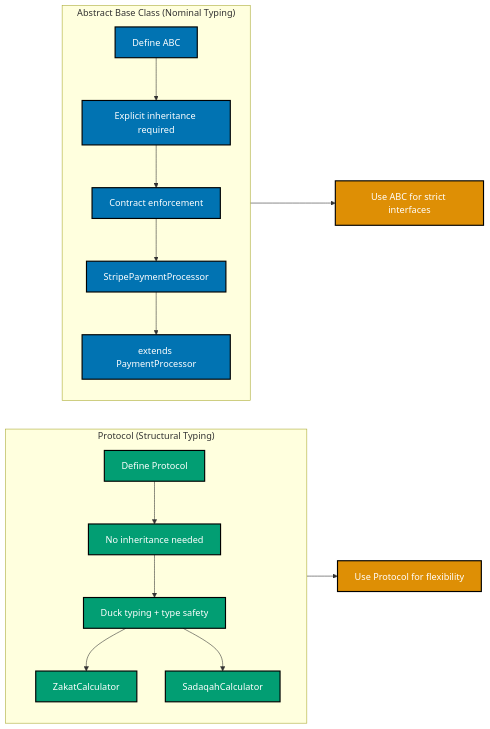
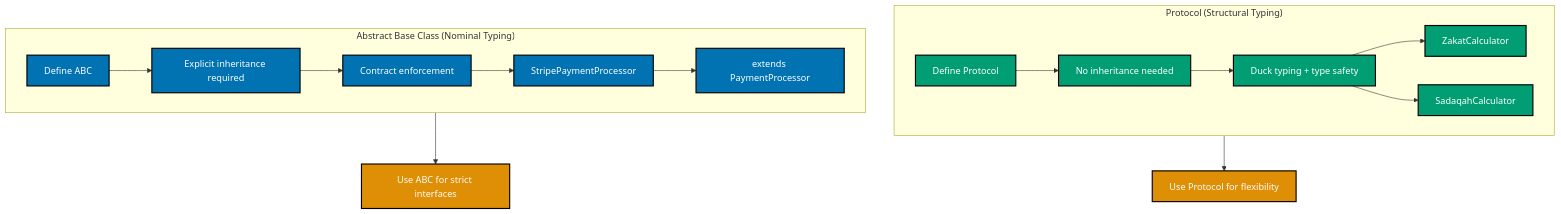
The third of 5 diagrams in docs/explanation/software-engineering/programming-languages/python/classes-and-protocols.md (wahidyankf/open-sharia-enterprise), drawn with Mermaid before and after one commit. The commit also changed other lines of this file and 12 other files, not shown here.

First line of the commit message:
fix(docs): fix mermaid violations in python docs

````diff
--- a/docs/explanation/software-engineering/programming-languages/python/classes-and-protocols.md
+++ b/docs/explanation/software-engineering/programming-languages/python/classes-and-protocols.md
@@ -416,39 +416,27 @@
 ```mermaid
 %% Color Palette: Blue #0173B2, Orange #DE8F05, Teal #029E73, Purple #CC78BC, Brown #CA9161
-graph LR
+graph TD
   subgraph Protocol["Protocol #40;Structural Typing#41;"]
-    A1[Define Protocol]:::teal
-    A2[No inheritance needed]:::teal
-    A3[Duck typing + type safety]:::teal
-    A4[ZakatCalculator]:::teal
-    A5[SadaqahCalculator]:::teal
-
-    A1 --> A2
-    A2 --> A3
-    A3 --> A4
-    A3 --> A5
+    A1[Define Protocol]:::teal --> A2[No inheritance needed]:::teal
+    A2 --> A3[Duck typing + type safety]:::teal
+    A3 --> A4[ZakatCalculator]:::teal
+    A3 --> A5[SadaqahCalculator]:::teal
   end
 
   subgraph ABC["Abstract Base Class #40;Nominal Typing#41;"]
-    B1[Define ABC]:::blue
-    B2[Explicit inheritance required]:::blue
-    B3[Contract enforcement]:::blue
-    B4[StripePaymentProcessor]:::blue
-    B5[extends PaymentProcessor]:::blue
-
-    B1 --> B2
-    B2 --> B3
-    B3 --> B4
-    B4 --> B5
+    B1[Define ABC]:::blue --> B2[Explicit inheritance required]:::blue
+    B2 --> B3[Contract enforcement]:::blue
+    B3 --> B4[StripePaymentProcessor]:::blue
+    B4 --> B5[extends PaymentProcessor]:::blue
   end
 
   C[Use Protocol for flexibility]:::orange
   D[Use ABC for strict interfaces]:::orange
 
   Protocol --> C
   ABC --> D
 
   classDef blue fill:#0173B2,stroke:#000000,color:#FFFFFF,stroke-width:2px
   classDef orange fill:#DE8F05,stroke:#000000,color:#FFFFFF,stroke-width:2px
   classDef teal fill:#029E73,stroke:#000000,color:#FFFFFF,stroke-width:2px
 ```
````
